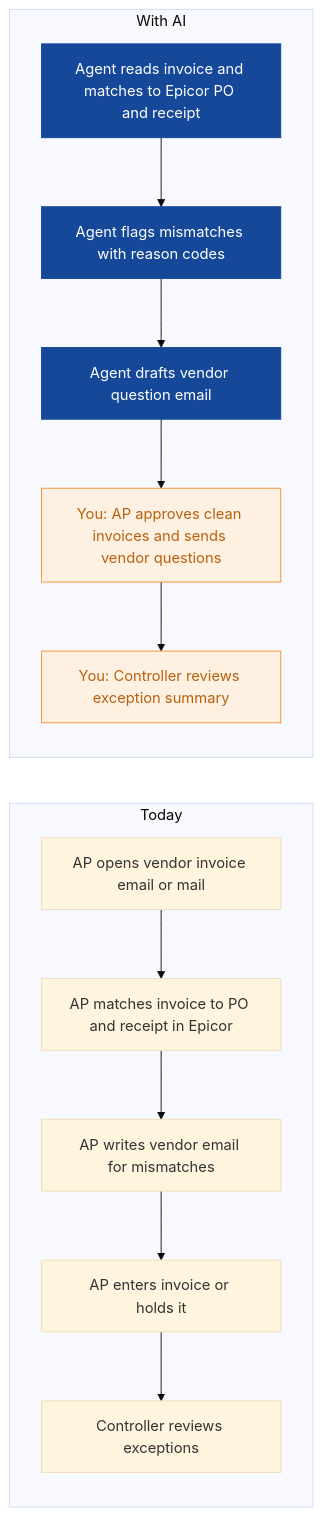
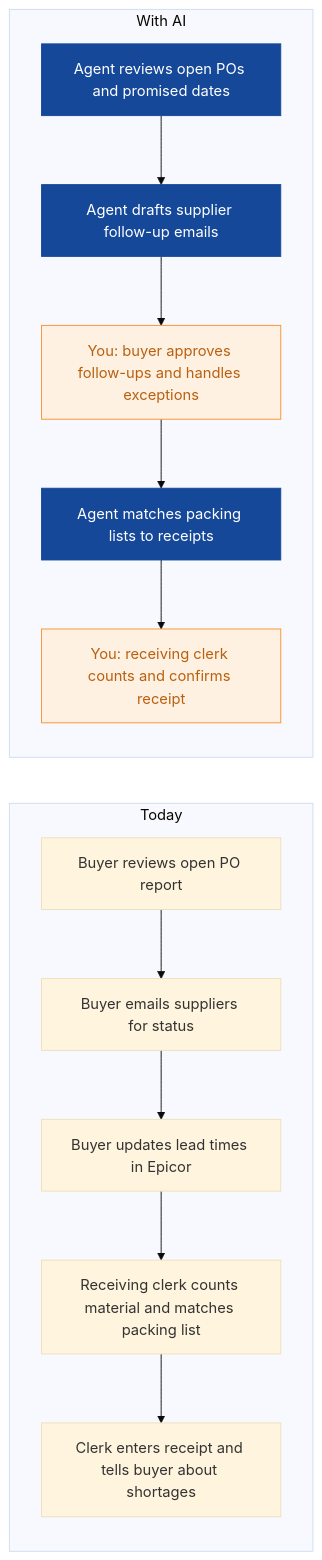
The fourth of 9 diagrams in strategies/ironleaf-manufacturing.md (nexibeo/Complete-AI-Strategy), drawn with Mermaid (base theme) before and after one commit. The commit also changed other lines of this file and 26 other files, not shown here.

````diff
--- a/strategies/ironleaf-manufacturing.md
+++ b/strategies/ironleaf-manufacturing.md
@@ -137,23 +141,23 @@
 ```mermaid
 flowchart LR
   subgraph Today
-    B0["AP opens vendor invoice email or mail"]
-    B1["AP matches invoice to PO and receipt in Epicor"]
-    B2["AP writes vendor email for mismatches"]
-    B3["AP enters invoice or holds it"]
-    B4["Controller reviews exceptions"]
+    B0["Buyer reviews open PO report"]
+    B1["Buyer emails suppliers for status"]
+    B2["Buyer updates lead times in Epicor"]
+    B3["Receiving clerk counts material and matches packing list"]
+    B4["Clerk enters receipt and tells buyer about shortages"]
     B0 --> B1 --> B2 --> B3 --> B4
   end
   subgraph WithAI[With AI]
-    A0["Agent reads invoice and matches to Epicor PO and receipt"]
-    A1["Agent flags mismatches with reason codes"]
-    A2["Agent drafts vendor question email"]
-    A3["You: AP approves clean invoices and sends vendor questions"]
-    A4["You: Controller reviews exception summary"]
+    A0["Agent reviews open POs and promised dates"]
+    A1["Agent drafts supplier follow-up emails"]
+    A2["You: buyer approves follow-ups and handles exceptions"]
+    A3["Agent matches packing lists to receipts"]
+    A4["You: receiving clerk counts and confirms receipt"]
     A0 --> A1 --> A2 --> A3 --> A4
   end
   classDef ai fill:#154899,color:#fff,stroke:#154899
   classDef human fill:#FFF1E2,color:#B8600F,stroke:#F98F2C
-  class A0,A1,A2 ai
-  class A3,A4 human
+  class A0,A1,A3 ai
+  class A2,A4 human
 ```
````
